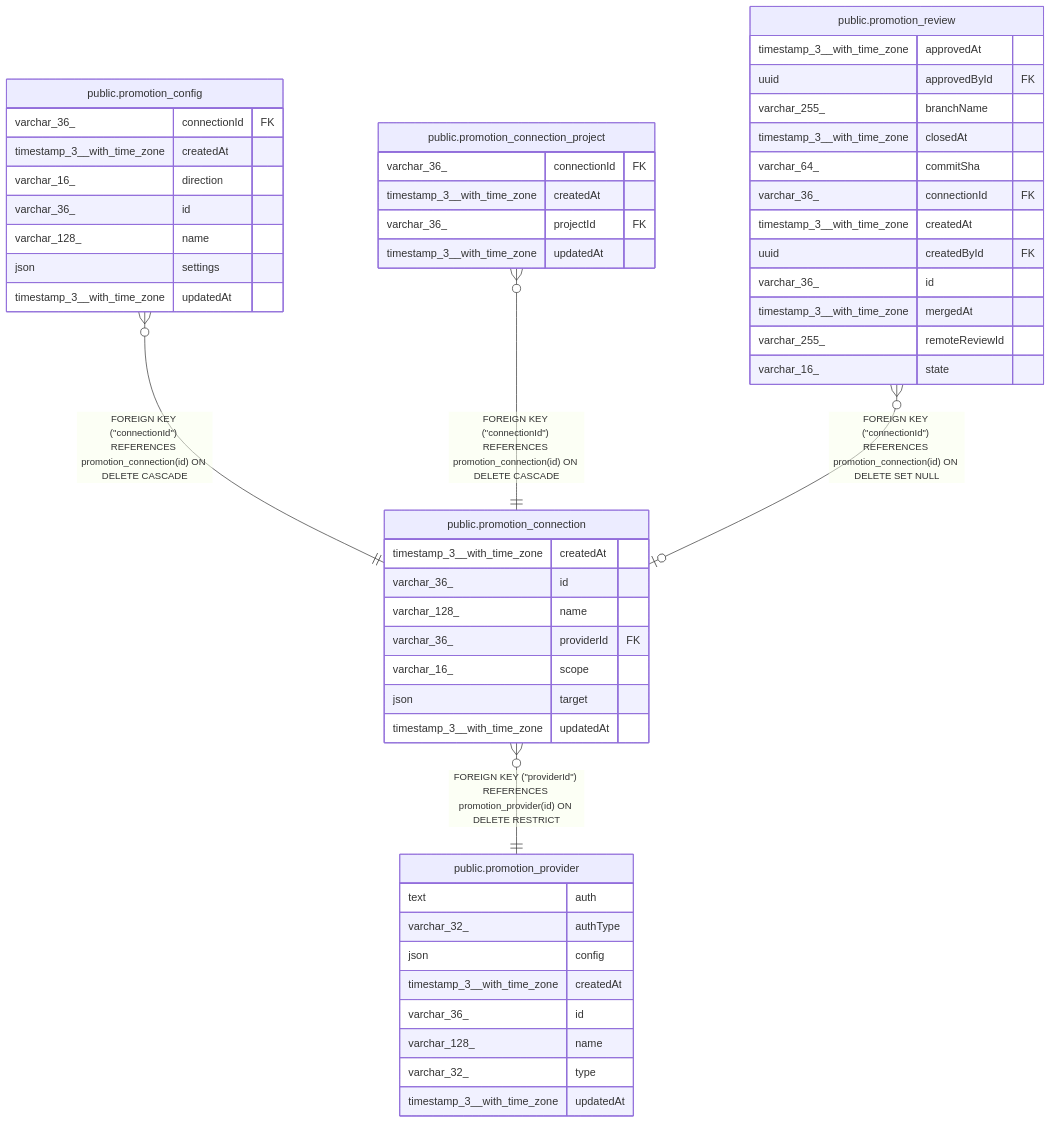
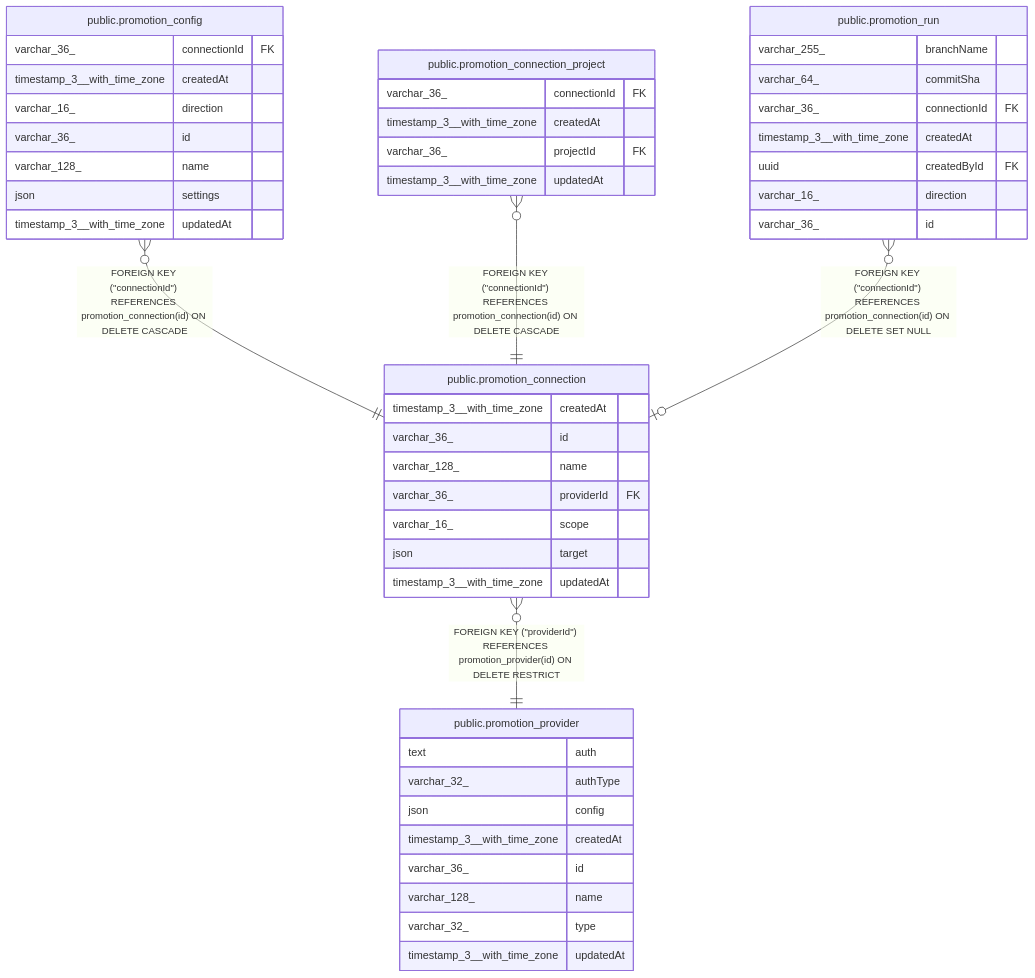
Before and after one commit to Flipped-168/n8n: the diagram in docs/generated/postgres-schema/public.promotion_connection.md, drawn with Mermaid. The commit also changed other lines of this file and 18 other files, not shown here.

First line of the commit message:
feat(core): Record a promotion run separately from its review (no-changelog)

````diff
--- a/docs/generated/postgres-schema/public.promotion_connection.md
+++ b/docs/generated/postgres-schema/public.promotion_connection.md
@@ -40,57 +40,52 @@
 ```mermaid
 erDiagram
 
 "public.promotion_config" }o--|| "public.promotion_connection" : "FOREIGN KEY (#quot;connectionId#quot;) REFERENCES promotion_connection(id) ON DELETE CASCADE"
 "public.promotion_connection_project" }o--|| "public.promotion_connection" : "FOREIGN KEY (#quot;connectionId#quot;) REFERENCES promotion_connection(id) ON DELETE CASCADE"
-"public.promotion_review" }o--o| "public.promotion_connection" : "FOREIGN KEY (#quot;connectionId#quot;) REFERENCES promotion_connection(id) ON DELETE SET NULL"
+"public.promotion_run" }o--o| "public.promotion_connection" : "FOREIGN KEY (#quot;connectionId#quot;) REFERENCES promotion_connection(id) ON DELETE SET NULL"
 "public.promotion_connection" }o--|| "public.promotion_provider" : "FOREIGN KEY (#quot;providerId#quot;) REFERENCES promotion_provider(id) ON DELETE RESTRICT"
 
 "public.promotion_connection" {
   timestamp_3__with_time_zone createdAt
   varchar_36_ id
   varchar_128_ name
   varchar_36_ providerId FK
   varchar_16_ scope
   json target
   timestamp_3__with_time_zone updatedAt
 }
 "public.promotion_config" {
   varchar_36_ connectionId FK
   timestamp_3__with_time_zone createdAt
   varchar_16_ direction
   varchar_36_ id
   varchar_128_ name
   json settings
   timestamp_3__with_time_zone updatedAt
 }
 "public.promotion_connection_project" {
   varchar_36_ connectionId FK
   timestamp_3__with_time_zone createdAt
   varchar_36_ projectId FK
   timestamp_3__with_time_zone updatedAt
 }
-"public.promotion_review" {
-  timestamp_3__with_time_zone approvedAt
-  uuid approvedById FK
+"public.promotion_run" {
   varchar_255_ branchName
-  timestamp_3__with_time_zone closedAt
   varchar_64_ commitSha
   varchar_36_ connectionId FK
   timestamp_3__with_time_zone createdAt
   uuid createdById FK
+  varchar_16_ direction
   varchar_36_ id
-  timestamp_3__with_time_zone mergedAt
-  varchar_255_ remoteReviewId
-  varchar_16_ state
 }
 "public.promotion_provider" {
   text auth
   varchar_32_ authType
   json config
   timestamp_3__with_time_zone createdAt
   varchar_36_ id
   varchar_128_ name
   varchar_32_ type
   timestamp_3__with_time_zone updatedAt
 }
 ```
````
